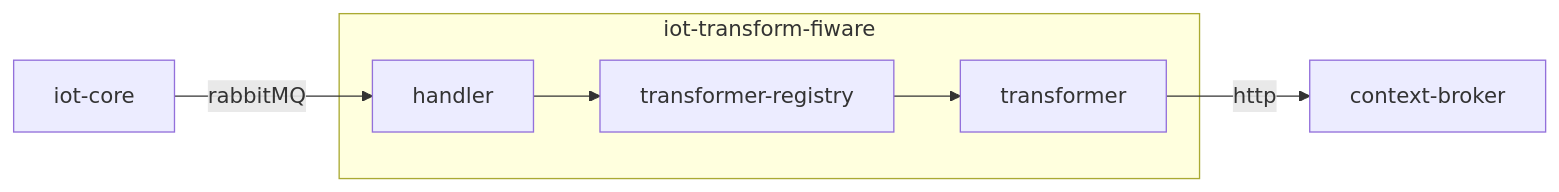
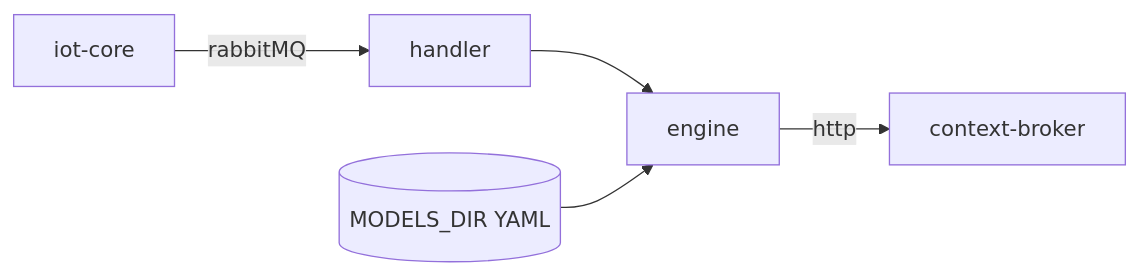
Before and after one commit to diwise/iot-transform-fiware: the diagram in README.md, drawn with Mermaid. The commit also changed other lines of this file and 2 other files, not shown here.

Commit message:
docs: update README for config-driven models (FIWARE fas 5.5)

````diff
--- a/README.md
+++ b/README.md
@@ -9,8 +9,7 @@
 ```mermaid
 flowchart LR
     iot-core--rabbitMQ-->handler
-    transformer--http-->context-broker
-    subgraph iot-transform-fiware
-        handler-->transformer-registry-->transformer   
-    end 
+    handler-->engine
+    models[(MODELS_DIR YAML)]-->engine
+    engine--http-->context-broker
 ```
````
